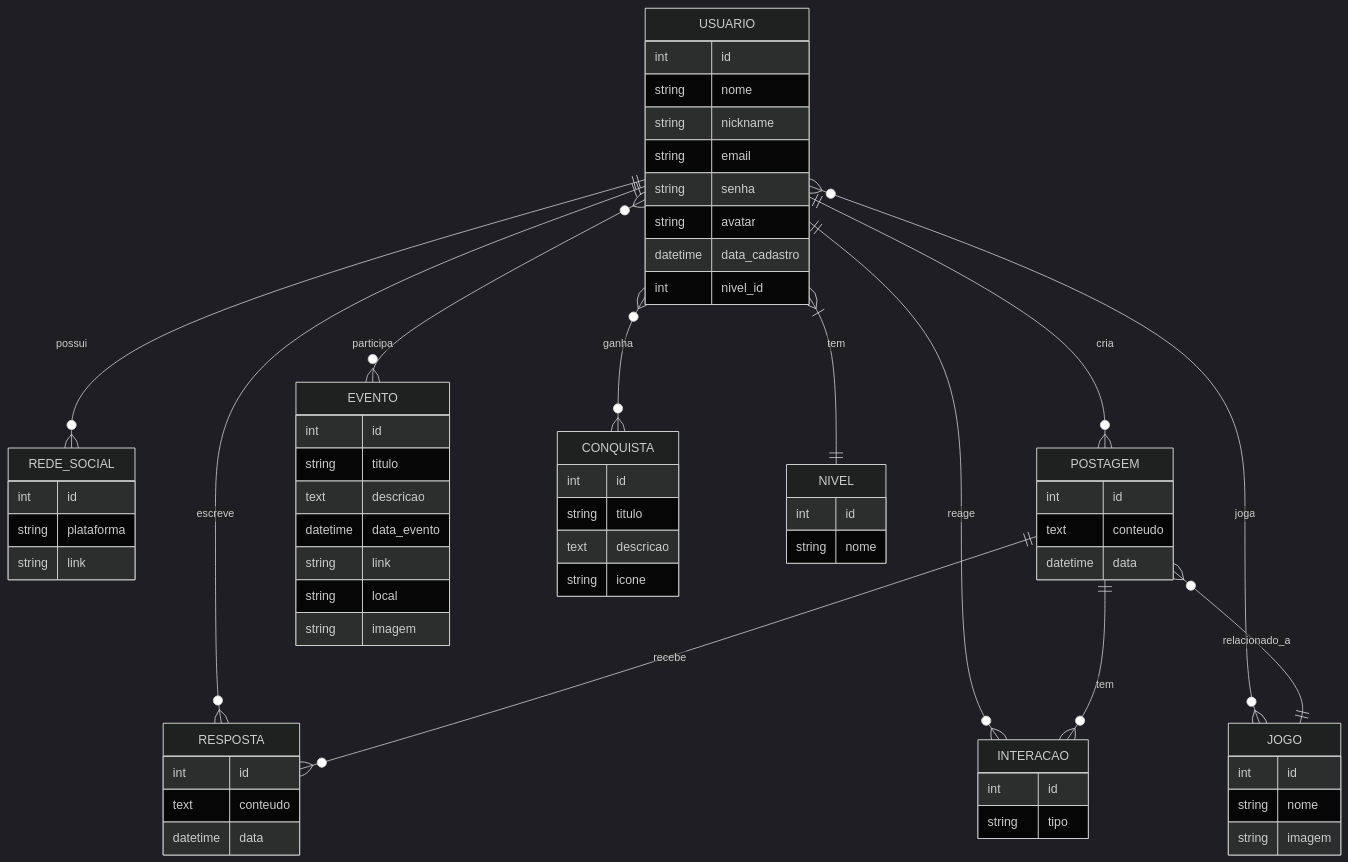
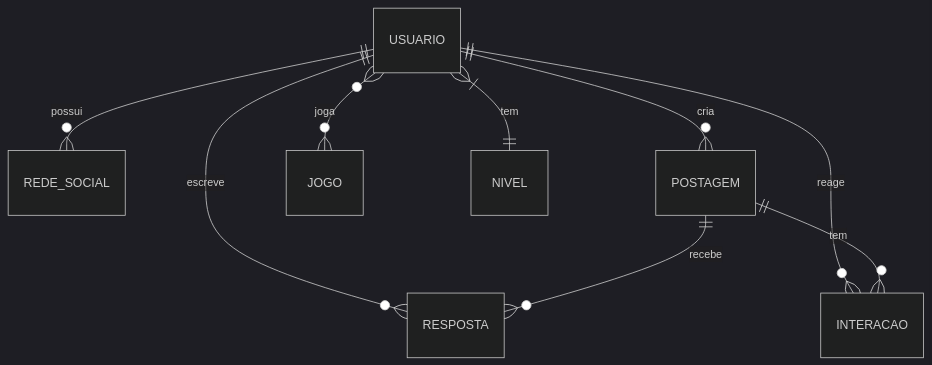
Before and after one commit to rudr1gu/api-dashboard-furia: the diagram in README.md, drawn with Mermaid (dark theme). The commit also changed other lines of this file and 1 other file, not shown here.

````diff
--- a/README.md
+++ b/README.md
@@ -3,78 +78,12 @@
 ```mermaid
 erDiagram
   USUARIO ||--o{ REDE_SOCIAL : possui
   USUARIO ||--o{ POSTAGEM : cria
   USUARIO ||--o{ RESPOSTA : escreve
   USUARIO ||--o{ INTERACAO : reage
   USUARIO }o--o{ JOGO : joga
-  USUARIO }o--o{ EVENTO : participa
-  USUARIO }o--o{ CONQUISTA : ganha
   USUARIO }|--|| NIVEL : tem
 
   POSTAGEM ||--o{ RESPOSTA : recebe
   POSTAGEM ||--o{ INTERACAO : tem
-  POSTAGEM }o--|| JOGO : relacionado_a
-
-  REDE_SOCIAL {
-    int id
-    string plataforma
-    string link
-  }
-
-  USUARIO {
-    int id
-    string nome
-    string nickname
-    string email
-    string senha
-    string avatar
-    datetime data_cadastro
-    int nivel_id
-  }
-
-  POSTAGEM {
-    int id
-    text conteudo
-    datetime data
-  }
-
-  RESPOSTA {
-    int id
-    text conteudo
-    datetime data
-  }
-
-  INTERACAO {
-    int id
-    string tipo
-  }
-
-  JOGO {
-    int id
-    string nome
-    string imagem
-  }
-
-  EVENTO {
-    int id
-    string titulo
-    text descricao
-    datetime data_evento
-    string link
-    string local
-    string imagem
-  }
-
-  NIVEL {
-    int id
-    string nome
-  }
-
-  CONQUISTA {
-    int id
-    string titulo
-    text descricao
-    string icone
-  }
-
 ```
````
